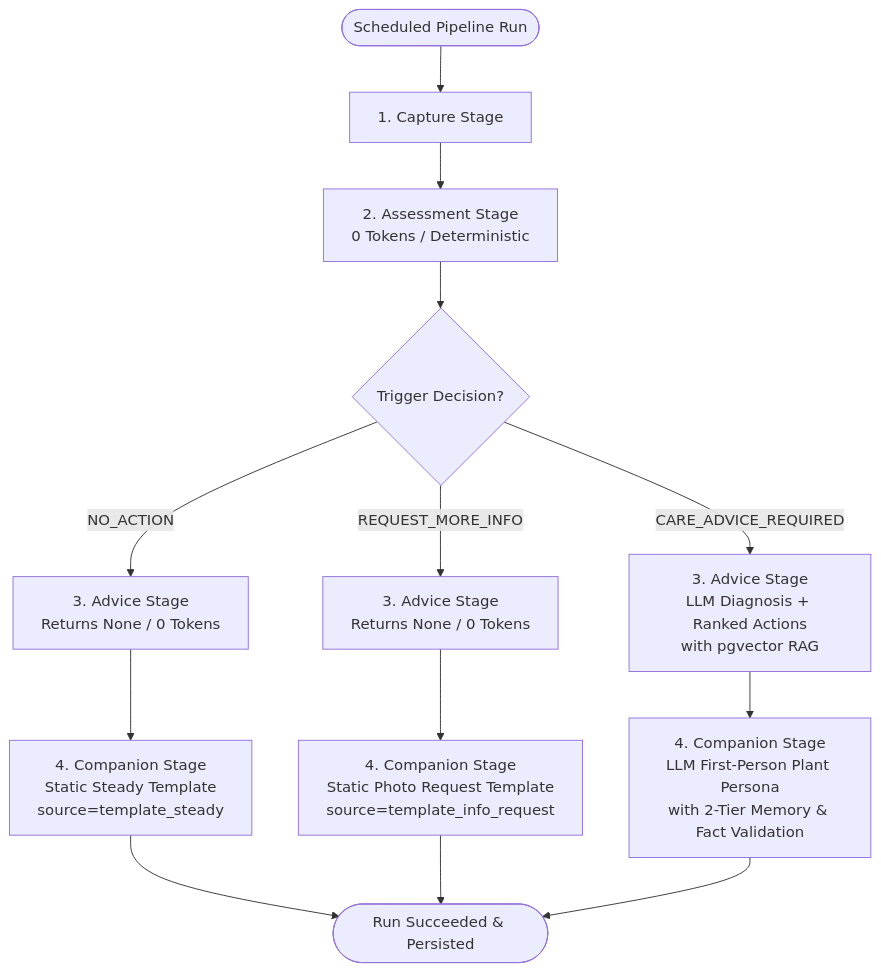
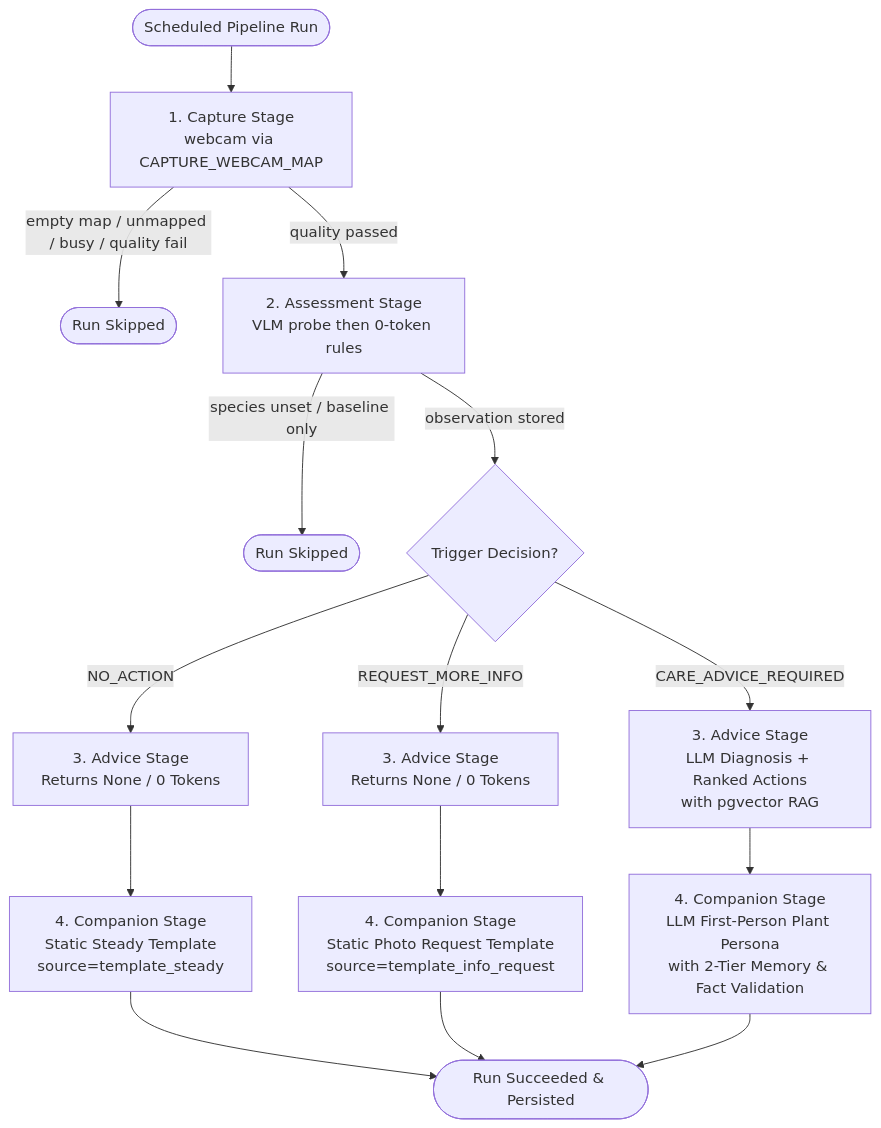
The diagram in docs/specification.md (WaritD35/server), drawn with Mermaid before and after one commit. The commit also changed other lines of this file and 10 other files, not shown here.

First line of the commit message:
docs: describe webcam capture and the VLM assessment path

````diff
--- a/docs/specification.md
+++ b/docs/specification.md
@@ -220,20 +250,21 @@
 ```mermaid
 flowchart TD
-    Start([Scheduled Pipeline Run]) --> Capture[1. Capture Stage]
-    Capture --> Assessment[2. Assessment Stage\n0 Tokens / Deterministic]
-
-    Assessment --> DecisionCheck{Trigger Decision?}
+    Start([Scheduled Pipeline Run]) --> Capture[1. Capture Stage\nwebcam via CAPTURE_WEBCAM_MAP]
+    Capture -->|empty map / unmapped / busy / quality fail| CapSkip([Run Skipped])
+    Capture -->|quality passed| Assessment[2. Assessment Stage\nVLM probe then 0-token rules]
+    Assessment -->|species unset / baseline only| AssessSkip([Run Skipped])
+    Assessment -->|observation stored| DecisionCheck{Trigger Decision?}
 
     DecisionCheck -->|NO_ACTION| AdvNone1[3. Advice Stage\nReturns None / 0 Tokens]
     AdvNone1 --> CompSteady[4. Companion Stage\nStatic Steady Template\nsource=template_steady]
 
     DecisionCheck -->|REQUEST_MORE_INFO| AdvNone2[3. Advice Stage\nReturns None / 0 Tokens]
     AdvNone2 --> CompInfo[4. Companion Stage\nStatic Photo Request Template\nsource=template_info_request]
 
     DecisionCheck -->|CARE_ADVICE_REQUIRED| AdvGen[3. Advice Stage\nLLM Diagnosis + Ranked Actions\nwith pgvector RAG]
     AdvGen --> CompLLM[4. Companion Stage\nLLM First-Person Plant Persona\nwith 2-Tier Memory & Fact Validation]
 
     CompSteady --> Finish([Run Succeeded & Persisted])
     CompInfo --> Finish
     CompLLM --> Finish
 ```
````
